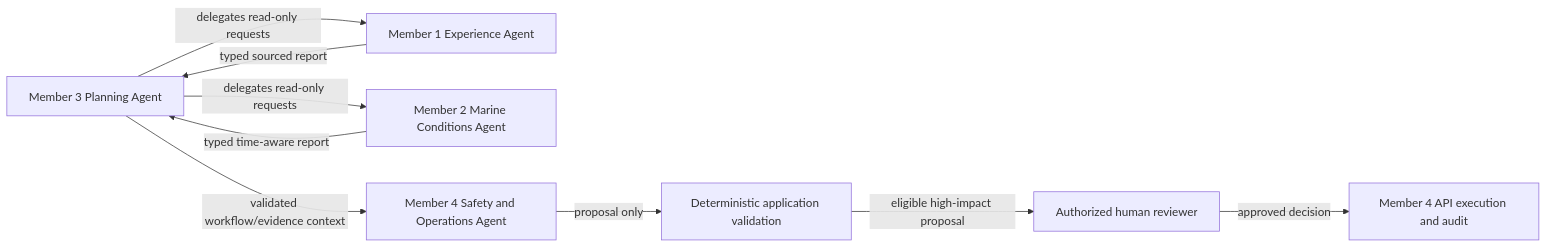
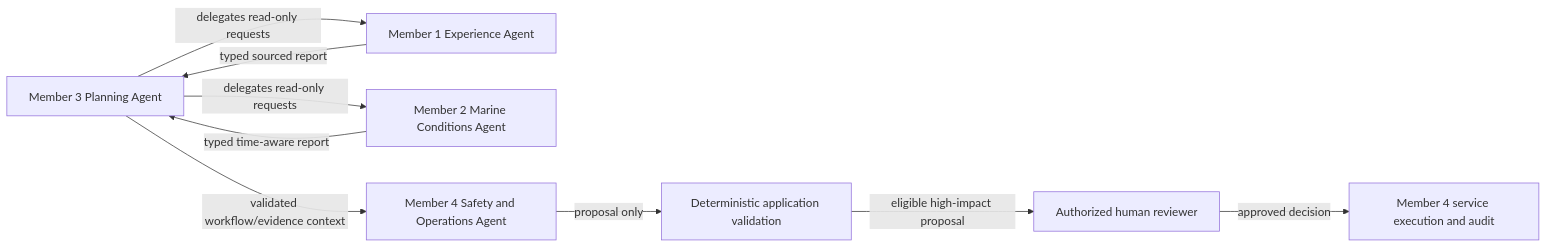
The second of 2 diagrams in docs/v1/component-relationships.md (WKS2004/BLUEVERSE), drawn with Mermaid before and after one commit. The commit also changed 29 other files, not shown here.

Commit message:
Reconciled v1 architecture and guides

````diff
--- a/docs/v1/component-relationships.md
+++ b/docs/v1/component-relationships.md
@@ -139,19 +139,19 @@
 ```mermaid
 flowchart LR
     Planner[Member 3 Planning Agent]
     Experience[Member 1 Experience Agent]
     Marine[Member 2 Marine Conditions Agent]
     Safety[Member 4 Safety and Operations Agent]
     Validate[Deterministic application validation]
     Human[Authorized human reviewer]
-    Execute[Member 4 API execution and audit]
+    Execute[Member 4 service execution and audit]
 
     Planner -->|delegates read-only requests| Experience
     Planner -->|delegates read-only requests| Marine
     Experience -->|typed sourced report| Planner
     Marine -->|typed time-aware report| Planner
     Planner -->|validated workflow/evidence context| Safety
     Safety -->|proposal only| Validate
     Validate -->|eligible high-impact proposal| Human
     Human -->|approved decision| Execute
 ```
````
